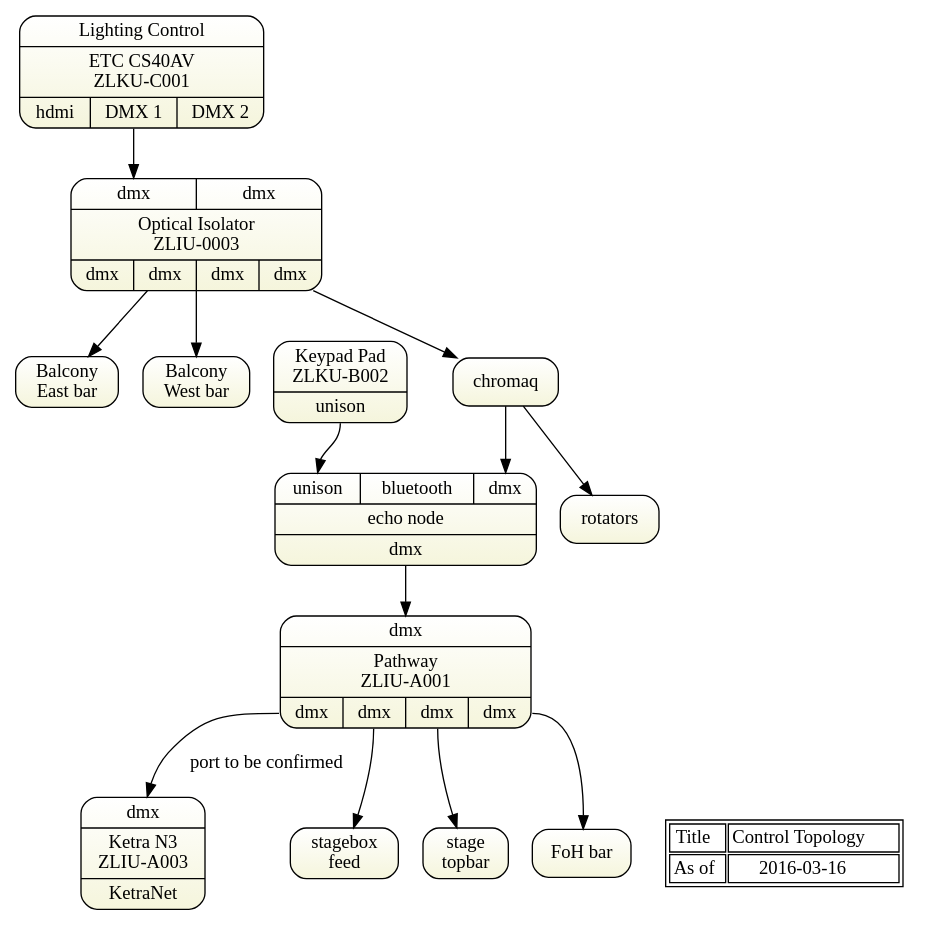
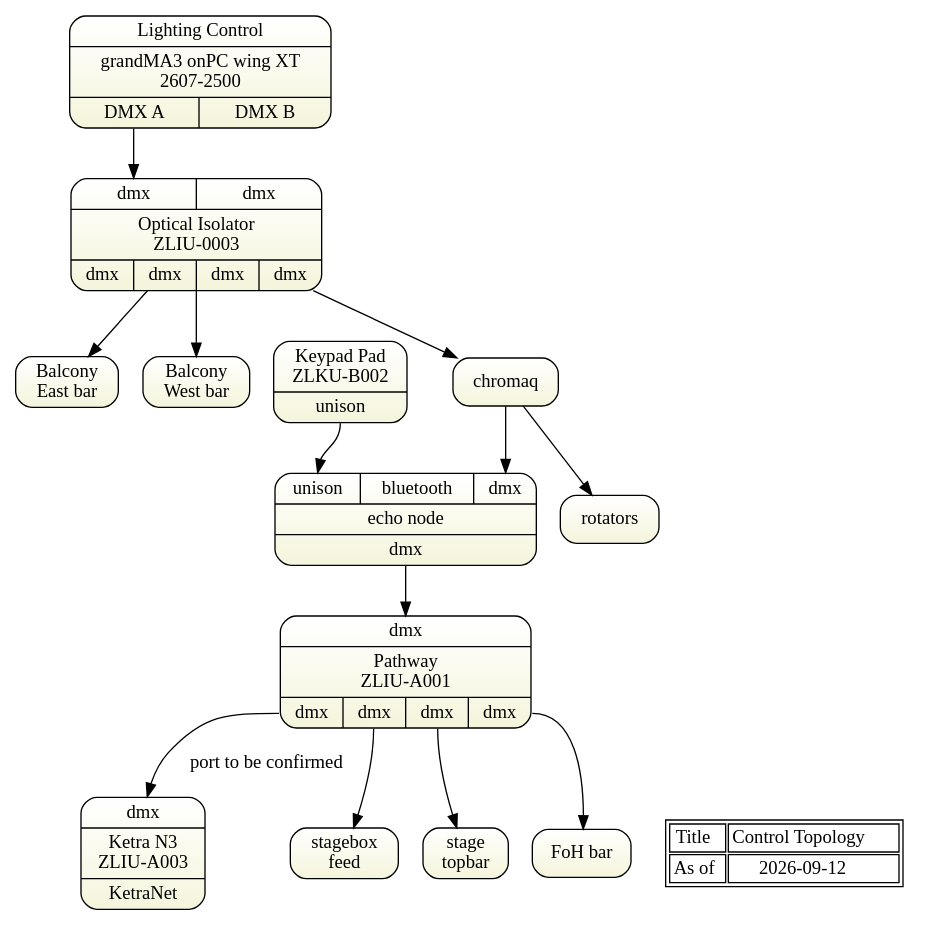
The diagram in gv/sdl-topology1-control.gv (avmaint/uactechdoc), drawn with Graphviz before and after one commit. The commit also changed 3 other files, not shown here.

First line of the commit message:
Updated SDL for grandMA3 and fixed DMX topology diagram

```diff
--- a/gv/sdl-topology1-control.gv
+++ b/gv/sdl-topology1-control.gv
@@ -1,56 +1,56 @@
 digraph topology1 { 
 graph [overlap = true, fontsize = 10, rankdir=TB 
       tooltip="Control Topology - DMX",
       fontname = Helvetica]
 
 node [shape=Mrecord, tooltip="" , 
       fillcolor="white:beige" , style=filled  
       gradientangle=270]
       
-console [label="{Lighting Control|ETC CS40AV\nZLKU-C001|{<hdmi>hdmi|<dmx1>DMX 1|<dmx2>DMX 2}}"]
+console [label="{Lighting Control|grandMA3 onPC wing XT\n2607-2500|{<dmxA>DMX A|<dmxB>DMX B}}"]
 
 keypad [label="{Keypad Pad\nZLKU-B002|<p>unison}"]
 echo2 [label="{{<p>unison|<bt>bluetooth|<dmx>dmx}|echo node|dmx}"]
 
 keypad:p -> echo2:p  
 
 optoisolator [label="{{<i1>dmx|<i2>dmx}|Optical Isolator\nZLIU-0003|{<o1>dmx|<o2>dmx|<o3>dmx|<o4>dmx}}"]
 
 pathway [label="{<i>dmx|Pathway\nZLIU-A001|{<o1>dmx|<o2>dmx|<o3>dmx|<o4>dmx}}"]
 
 n3 [label="{<i>dmx|Ketra N3\nZLIU-A003|<o>KetraNet}"]
 
 stage [label="stagebox\nfeed"]
 topbar [label="stage\ntopbar"]
 fohbar [label="FoH bar"]
 balebar [label="Balcony\nEast bar"]
 balwbar [label="Balcony\nWest bar"]
 
 optoisolator -> balebar
 optoisolator -> balwbar
 
 optoisolator -> chromaq
 chromaq:o1 -> echo2:dmx
 chromaq -> rotators
 echo2 -> pathway
 
 pathway:o1 -> n3 [label="port to be confirmed"]
 pathway:o2 -> stage
 pathway:o3 -> topbar
 pathway:o4 -> fohbar
 
-console:dmx1 -> optoisolator:i1
+console:dmxA -> optoisolator:i1
 
 Node [shape=plaintext, fillcolor=white]
 stamp [label= <<table>
 <tr><td>Title</td>
     <td>Control Topology</td>
 </tr>    
 <tr><td>As of</td>
-    <td>2016-03-16</td>
+    <td>2026-09-12</td>
 </tr>
    
 </table>> ]  
 
 {rank=same; stamp n3}
  } 
```
